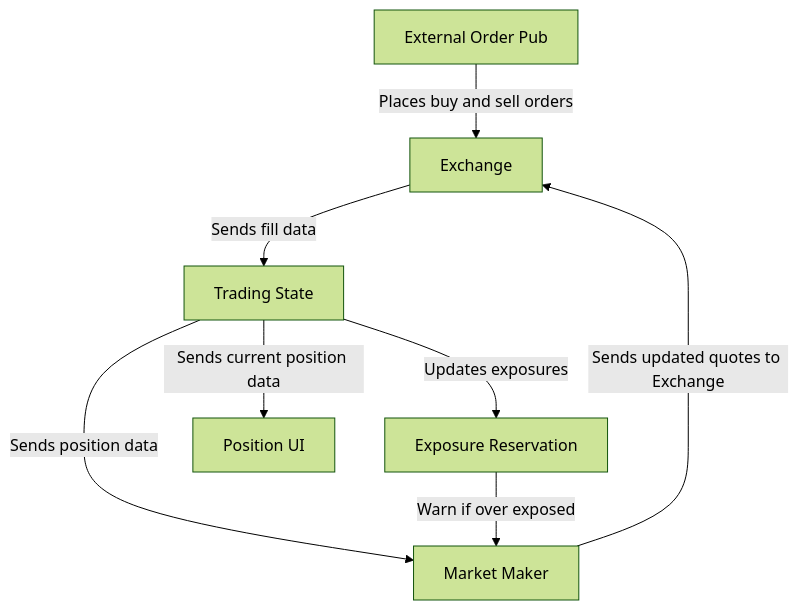
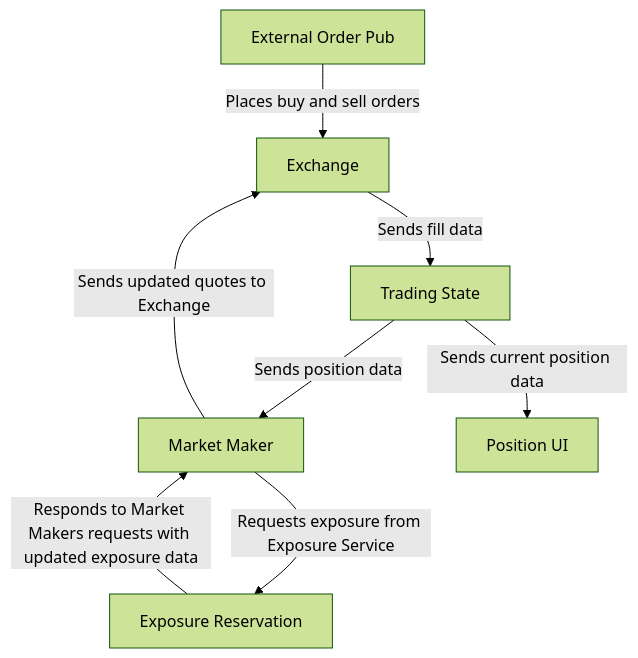
Before and after one commit to S26-Distributed-Capstone/Market-Maker: the diagram in docs/architecture.md, drawn with Mermaid (forest theme).

````diff
--- a/docs/architecture.md
+++ b/docs/architecture.md
@@ -3,17 +3,17 @@
 ```mermaid
 graph TD
     ExternalOrderPub["External Order Pub"]
     Exchange["Exchange"]
     TradingState["Trading State"]
     ExposureReservation["Exposure Reservation"]
     MarketMaker["Market Maker"]
     PositionUI["Position UI"]
 
     ExternalOrderPub -->|"Places buy and sell orders"| Exchange
     Exchange -->|"Sends fill data"| TradingState
     TradingState -->|"Sends position data"| MarketMaker
     TradingState -->|"Sends current position data"| PositionUI
-    TradingState -->|"Updates exposures"| ExposureReservation
-    ExposureReservation -->|"Warn if over exposed"| MarketMaker
+    ExposureReservation -->|"Responds to Market Makers requests with updated exposure data"| MarketMaker
+    MarketMaker -->|"Requests exposure from Exposure Service"| ExposureReservation
     MarketMaker -->|"Sends updated quotes to Exchange"| Exchange
 ```
````
